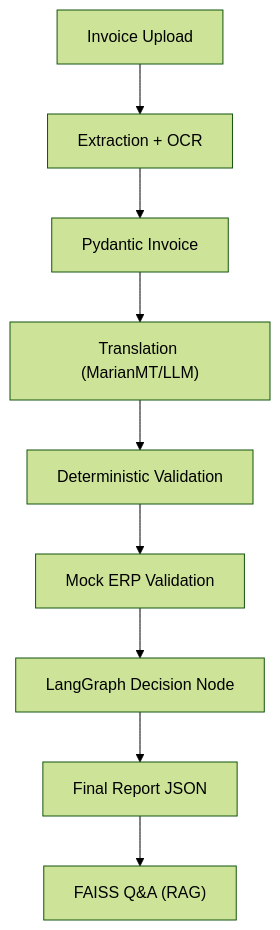
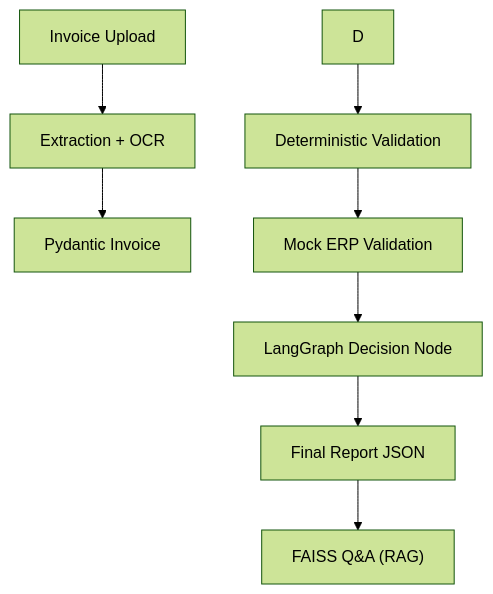
One commit to Dinesh-Reddy10/AI-Invoice-Auditor changed the diagram in README.md. Above: the diagram before and after it, drawn with Mermaid (forest theme). The commit also changed other lines of this file and 5 other files, not shown here.

````diff
--- a/README.md
+++ b/README.md
@@ -20,11 +18,10 @@
 ```mermaid
 graph TD
     A["Invoice Upload"] --> B["Extraction + OCR"]
     B --> C["Pydantic Invoice"]
-    C --> D["Translation (MarianMT/LLM)"]
     D --> E["Deterministic Validation"]
     E --> F["Mock ERP Validation"]
     F --> G["LangGraph Decision Node"]
     G --> H["Final Report JSON"]
     H --> I["FAISS Q&A (RAG)"]
 ```
````
